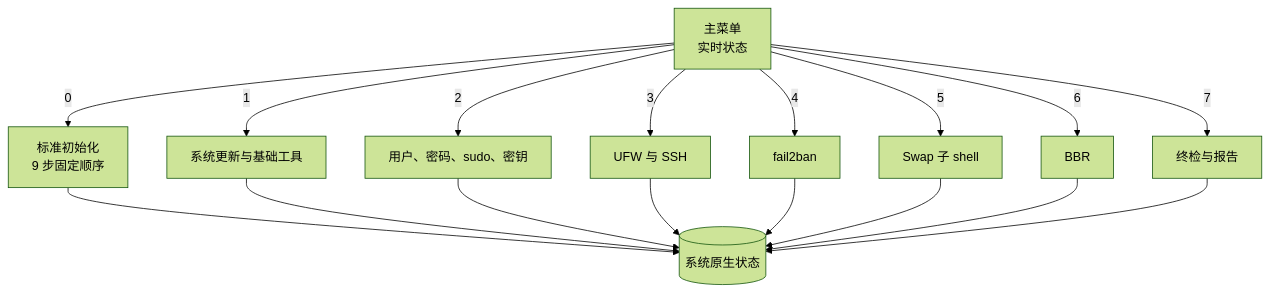
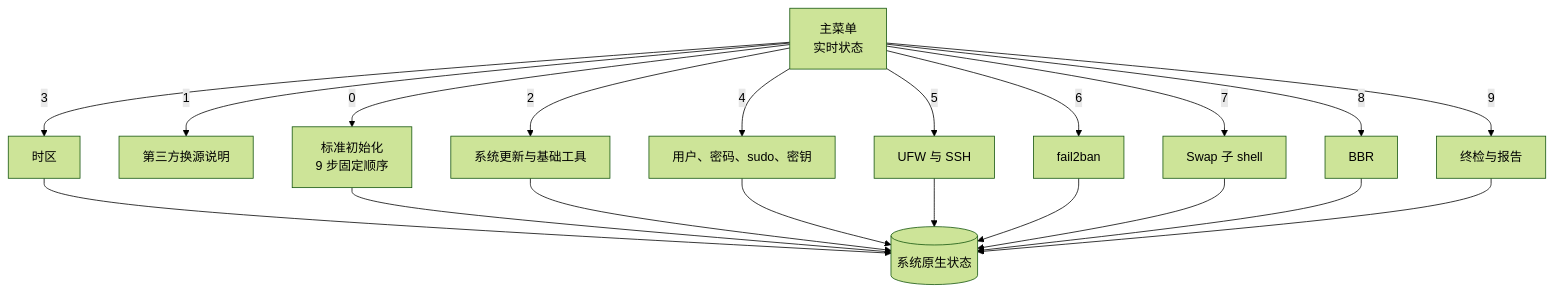
Before and after one commit to Pathto1804/1804-vps-setup: the diagram in docs/codewiki/architecture.md, drawn with Mermaid (forest theme). The commit also changed other lines of this file and 8 other files, not shown here.

````diff
--- a/docs/codewiki/architecture.md
+++ b/docs/codewiki/architecture.md
@@ -19,19 +19,22 @@
 ```mermaid
 graph TD
   M[主菜单<br/>实时状态] -->|0| SI[标准初始化<br/>9 步固定顺序]
-  M -->|1| B[系统更新与基础工具]
-  M -->|2| U[用户、密码、sudo、密钥]
-  M -->|3| F[UFW 与 SSH]
-  M -->|4| J[fail2ban]
-  M -->|5| S[Swap 子 shell]
-  M -->|6| R[BBR]
-  M -->|7| V[终检与报告]
+  M -->|1| MI[第三方换源说明]
+  M -->|2| B[系统更新与基础工具]
+  M -->|3| TZ[时区]
+  M -->|4| U[用户、密码、sudo、密钥]
+  M -->|5| F[UFW 与 SSH]
+  M -->|6| J[fail2ban]
+  M -->|7| S[Swap 子 shell]
+  M -->|8| R[BBR]
+  M -->|9| V[终检与报告]
+  TZ --> NAT
   SI --> NAT[(系统原生状态)]
   B --> NAT
   U --> NAT
   F --> NAT
   J --> NAT
   S --> NAT
   R --> NAT
   V --> NAT
 ```
````
